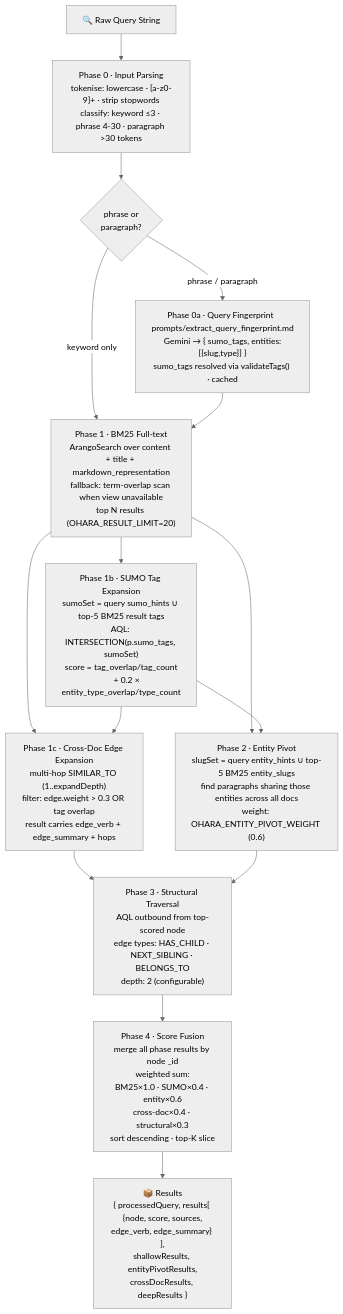
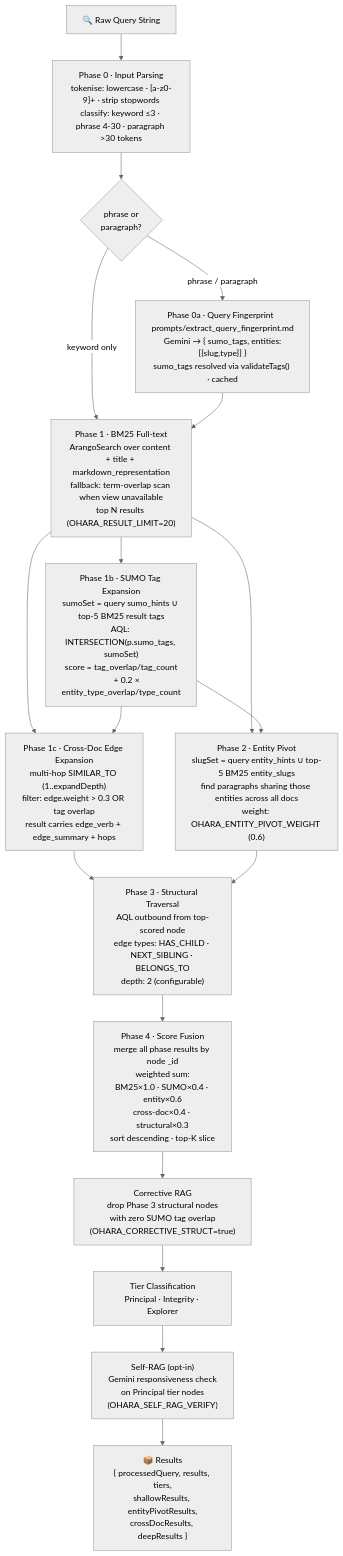
One commit to royalgarter/doc_ohara changed the third of 3 diagrams in README.md. Above: the diagram before and after it, drawn with Mermaid (neutral theme). The commit also changed other lines of this file, not shown here.

First line of the commit message:
docs: update README with 6 RAG pattern improvements

````diff
--- a/README.md
+++ b/README.md
@@ -191,38 +191,41 @@
 ```mermaid
 flowchart TD
     Q["🔍 Raw Query String"]
 
     Q --> P0
 
     P0["Phase 0 · Input Parsing\ntokenise: lowercase · [a-z0-9]+ · strip stopwords\nclassify: keyword ≤3 · phrase 4-30 · paragraph >30 tokens"]
     P0 --> P0A
 
     P0A{"phrase or\nparagraph?"}
     P0A -- "keyword only" --> P1
     P0A -- "phrase / paragraph" --> GEM
 
     GEM["Phase 0a · Query Fingerprint  prompts/extract_query_fingerprint.md\nGemini → { sumo_tags, entities:[{slug,type}] }\nsumo_tags resolved via validateTags() · cached"]
     GEM --> P1
 
     P1["Phase 1 · BM25 Full-text\nArangoSearch over content + title + markdown_representation\nfallback: term-overlap scan when view unavailable\ntop N results (OHARA_RESULT_LIMIT=20)"]
     P1 --> P1B
 
     P1B["Phase 1b · SUMO Tag Expansion\nsumoSet = query sumo_hints ∪ top-5 BM25 result tags\nAQL: INTERSECTION(p.sumo_tags, sumoSet)\nscore = tag_overlap/tag_count\n      + 0.2 × entity_type_overlap/type_count"]
 
     P1 --> P1C & P2
     P1B --> P1C & P2
 
     P1C["Phase 1c · Cross-Doc Edge Expansion\nmulti-hop SIMILAR_TO (1..expandDepth)\nfilter: edge.weight > 0.3 OR tag overlap\nresult carries edge_verb + edge_summary + hops"]
 
     P2["Phase 2 · Entity Pivot\nslugSet = query entity_hints ∪ top-5 BM25 entity_slugs\nfind paragraphs sharing those entities across all docs\nweight: OHARA_ENTITY_PIVOT_WEIGHT (0.6)"]
 
     P1C --> P3
     P2  --> P3
 
     P3["Phase 3 · Structural Traversal\nAQL outbound from top-scored node\nedge types: HAS_CHILD · NEXT_SIBLING · BELONGS_TO\ndepth: 2 (configurable)"]
     P3 --> FUSE
 
     FUSE["Phase 4 · Score Fusion\nmerge all phase results by node _id\nweighted sum:\nBM25×1.0 · SUMO×0.4 · entity×0.6\ncross-doc×0.4 · structural×0.3\nsort descending · top-K slice"]
 
-    FUSE --> OUT["📦 Results\n{ processedQuery, results[ {node, score, sources,\nedge_verb, edge_summary} ],\nshallowResults, entityPivotResults,\ncrossDocResults, deepResults }"]
+    FUSE --> CORR["Corrective RAG\ndrop Phase 3 structural nodes\nwith zero SUMO tag overlap\n(OHARA_CORRECTIVE_STRUCT=true)"]
+    CORR --> TIERS["Tier Classification\nPrincipal · Integrity · Explorer"]
+    TIERS --> SELF["Self-RAG (opt-in)\nGemini responsiveness check\non Principal tier nodes\n(OHARA_SELF_RAG_VERIFY)"]
+    SELF --> OUT["📦 Results\n{ processedQuery, results, tiers,\nshallowResults, entityPivotResults,\ncrossDocResults, deepResults }"]
 ```
````
